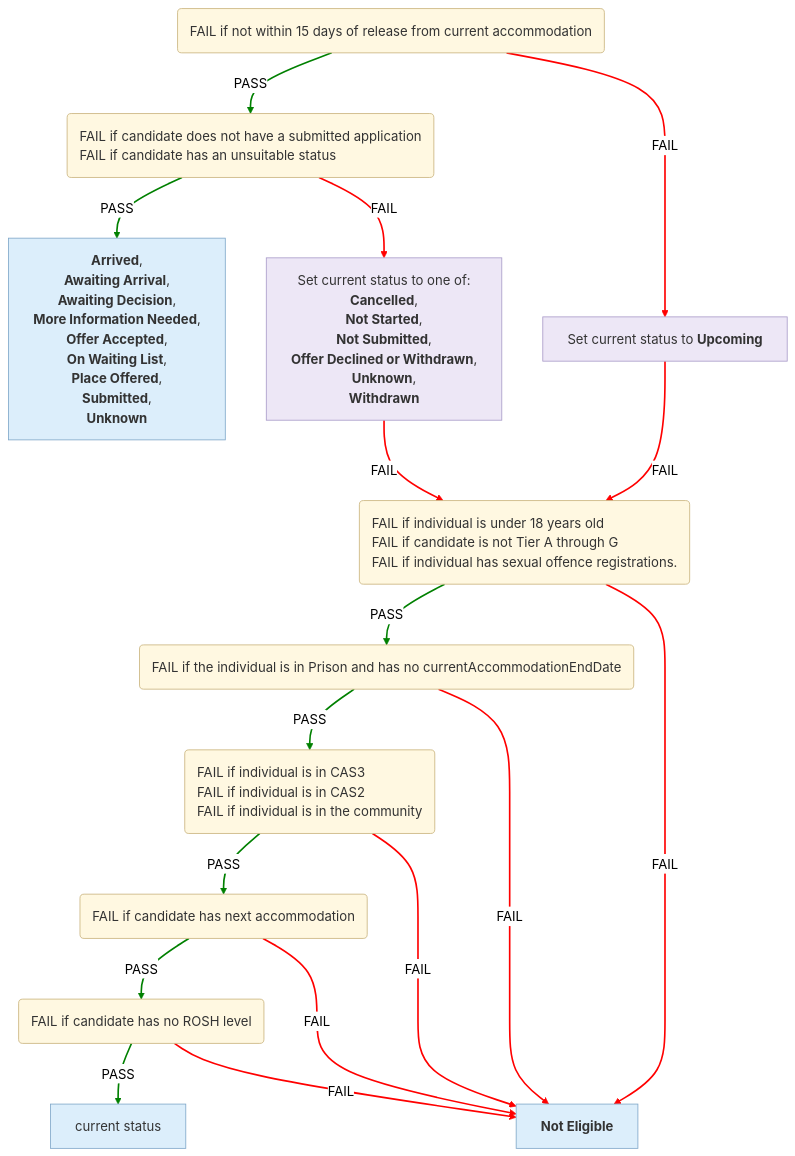
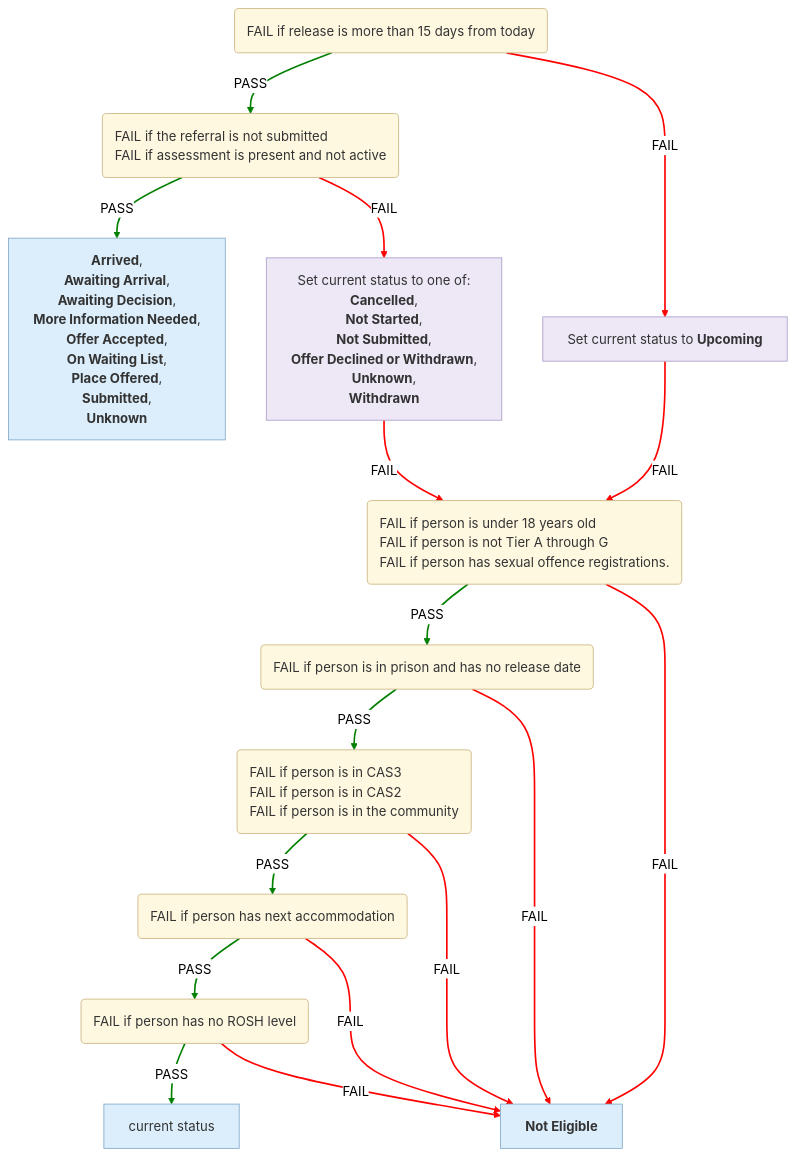
One commit to ministryofjustice/hmpps-single-accommodation-service-api changed the second of 6 diagrams in docs/eligibility-rules-graph.md. Above: the diagram before and after it, drawn with Mermaid (neutral theme). The commit also changed other lines of this file and 275 other files, not shown here.

Commit message:
chore/SAS-1544-Make-language-more-natural-for-Fail-descriptions

````diff
--- a/docs/eligibility-rules-graph.md
+++ b/docs/eligibility-rules-graph.md
@@ -135,59 +135,59 @@
 ```mermaid
 %%{init: {"flowchart": {"wrappingWidth": 800}}}%%
 flowchart TD
-  Upcoming("<div style='text-align:left'>FAIL if not within 15 days of release from current accommodation</div>")
-  Suitability("<div style='text-align:left'>FAIL if candidate does not have a submitted application
-FAIL if candidate has an unsuitable status</div>")
-  outcome_Cas2CompletionContextUpdater["<b>Arrived</b>,
+  Release_Within_15_Days("<div style='text-align:left'>FAIL if release is more than 15 days from today</div>")
+  CAS2_Referral("<div style='text-align:left'>FAIL if the referral is not submitted
+FAIL if assessment is present and not active</div>")
+  outcome_Cas2ActiveContextUpdater["<b>Arrived</b>,
  <b>Awaiting Arrival</b>,
  <b>Awaiting Decision</b>,
  <b>More Information Needed</b>,
  <b>Offer Accepted</b>,
  <b>On Waiting List</b>,
  <b>Place Offered</b>,
  <b>Submitted</b>,
  <b>Unknown</b>"]
-  updater_Cas2SuitabilityContextUpdater["Set current status to one of:
+  updater_Cas2StartContextUpdater["Set current status to one of:
 <b>Cancelled</b>,
  <b>Not Started</b>,
  <b>Not Submitted</b>,
  <b>Offer Declined or Withdrawn</b>,
  <b>Unknown</b>,
  <b>Withdrawn</b>"]
-  Eligibility_Person("<div style='text-align:left'>FAIL if individual is under 18 years old
-FAIL if candidate is not Tier A through G
-FAIL if individual has sexual offence registrations.</div>")
-  Eligibility_Release_Date("<div style='text-align:left'>FAIL if the individual is in Prison and has no currentAccommodationEndDate</div>")
-  Eligibility_Current_Accommodation("<div style='text-align:left'>FAIL if individual is in CAS3
-FAIL if individual is in CAS2
-FAIL if individual is in the community</div>")
-  Eligibility_Next_Accommodation("<div style='text-align:left'>FAIL if candidate has next accommodation</div>")
-  Eligibility_Rosh("<div style='text-align:left'>FAIL if candidate has no ROSH level</div>")
+  Person_Eligible("<div style='text-align:left'>FAIL if person is under 18 years old
+FAIL if person is not Tier A through G
+FAIL if person has sexual offence registrations.</div>")
+  Release_Date_Eligible("<div style='text-align:left'>FAIL if person is in prison and has no release date</div>")
+  Current_Accommodation_Eligible_For_CAS2("<div style='text-align:left'>FAIL if person is in CAS3
+FAIL if person is in CAS2
+FAIL if person is in the community</div>")
+  No_Next_Accommodation("<div style='text-align:left'>FAIL if person has next accommodation</div>")
+  ROSH_Eligible("<div style='text-align:left'>FAIL if person has no ROSH level</div>")
   confirmed["current status"]
   CAS2_NOT_ELIGIBLE["<b>Not Eligible</b>"]
   updater_Cas2UpcomingContextUpdater["Set current status to <b>Upcoming</b>"]
-  Suitability -->|PASS| outcome_Cas2CompletionContextUpdater
-  Suitability -->|FAIL| updater_Cas2SuitabilityContextUpdater
-  Eligibility_Rosh -->|PASS| confirmed
-  Eligibility_Rosh -->|FAIL| CAS2_NOT_ELIGIBLE
-  Eligibility_Next_Accommodation -->|PASS| Eligibility_Rosh
-  Eligibility_Next_Accommodation -->|FAIL| CAS2_NOT_ELIGIBLE
-  Eligibility_Current_Accommodation -->|PASS| Eligibility_Next_Accommodation
-  Eligibility_Current_Accommodation -->|FAIL| CAS2_NOT_ELIGIBLE
-  Eligibility_Release_Date -->|PASS| Eligibility_Current_Accommodation
-  Eligibility_Release_Date -->|FAIL| CAS2_NOT_ELIGIBLE
-  Eligibility_Person -->|PASS| Eligibility_Release_Date
-  Eligibility_Person -->|FAIL| CAS2_NOT_ELIGIBLE
-  updater_Cas2SuitabilityContextUpdater -->|FAIL| Eligibility_Person
-  Upcoming -->|PASS| Suitability
-  Upcoming -->|FAIL| updater_Cas2UpcomingContextUpdater
-  updater_Cas2UpcomingContextUpdater -->|FAIL| Eligibility_Person
+  CAS2_Referral -->|PASS| outcome_Cas2ActiveContextUpdater
+  CAS2_Referral -->|FAIL| updater_Cas2StartContextUpdater
+  ROSH_Eligible -->|PASS| confirmed
+  ROSH_Eligible -->|FAIL| CAS2_NOT_ELIGIBLE
+  No_Next_Accommodation -->|PASS| ROSH_Eligible
+  No_Next_Accommodation -->|FAIL| CAS2_NOT_ELIGIBLE
+  Current_Accommodation_Eligible_For_CAS2 -->|PASS| No_Next_Accommodation
+  Current_Accommodation_Eligible_For_CAS2 -->|FAIL| CAS2_NOT_ELIGIBLE
+  Release_Date_Eligible -->|PASS| Current_Accommodation_Eligible_For_CAS2
+  Release_Date_Eligible -->|FAIL| CAS2_NOT_ELIGIBLE
+  Person_Eligible -->|PASS| Release_Date_Eligible
+  Person_Eligible -->|FAIL| CAS2_NOT_ELIGIBLE
+  updater_Cas2StartContextUpdater -->|FAIL| Person_Eligible
+  Release_Within_15_Days -->|PASS| CAS2_Referral
+  Release_Within_15_Days -->|FAIL| updater_Cas2UpcomingContextUpdater
+  updater_Cas2UpcomingContextUpdater -->|FAIL| Person_Eligible
   linkStyle 0,2,4,6,8,10,13 stroke:green,stroke-width:2px
   linkStyle 1,3,5,7,9,11,12,14,15 stroke:red,stroke-width:2px
   classDef ruleSetNode fill:#FFF8E1,stroke:#C9B37E,color:#333
   classDef outcomeNode fill:#DCEEFB,stroke:#7FA7C9,color:#333
   classDef updaterNode fill:#EDE7F6,stroke:#A99BC9,color:#333
-  class Upcoming,Suitability,Eligibility_Person,Eligibility_Release_Date,Eligibility_Current_Accommodation,Eligibility_Next_Accommodation,Eligibility_Rosh ruleSetNode
-  class outcome_Cas2CompletionContextUpdater,confirmed,CAS2_NOT_ELIGIBLE outcomeNode
-  class updater_Cas2SuitabilityContextUpdater,updater_Cas2UpcomingContextUpdater updaterNode
+  class Release_Within_15_Days,CAS2_Referral,Person_Eligible,Release_Date_Eligible,Current_Accommodation_Eligible_For_CAS2,No_Next_Accommodation,ROSH_Eligible ruleSetNode
+  class outcome_Cas2ActiveContextUpdater,confirmed,CAS2_NOT_ELIGIBLE outcomeNode
+  class updater_Cas2StartContextUpdater,updater_Cas2UpcomingContextUpdater updaterNode
 ```
````
